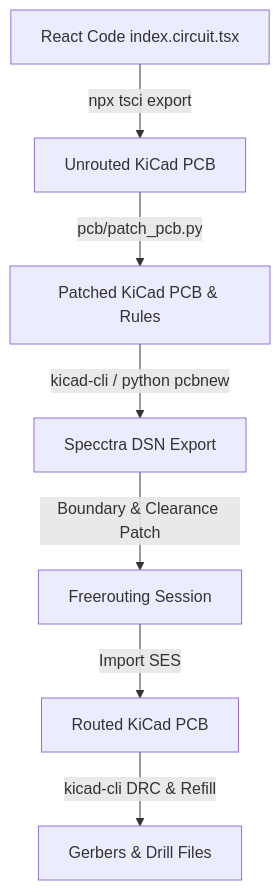
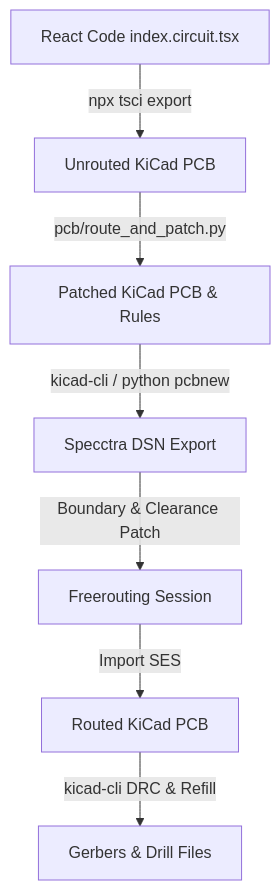
One commit to jbsohn/lokey-7800-ym changed the diagram in docs/PCB.md. Above: the diagram before and after it, drawn with Mermaid. The commit also changed other lines of this file and 29 other files, not shown here.

````diff
--- a/docs/PCB.md
+++ b/docs/PCB.md
@@ -27,9 +27,9 @@
 ```mermaid
 graph TD
     A[React Code index.circuit.tsx] -->|npx tsci export| B[Unrouted KiCad PCB]
-    B -->|pcb/patch_pcb.py| C[Patched KiCad PCB & Rules]
+    B -->|pcb/route_and_patch.py| C[Patched KiCad PCB & Rules]
     C -->|kicad-cli / python pcbnew| D[Specctra DSN Export]
     D -->|Boundary & Clearance Patch| E[Freerouting Session]
     E -->|Import SES| F[Routed KiCad PCB]
     F -->|kicad-cli DRC & Refill| G[Gerbers & Drill Files]
 ```
````
